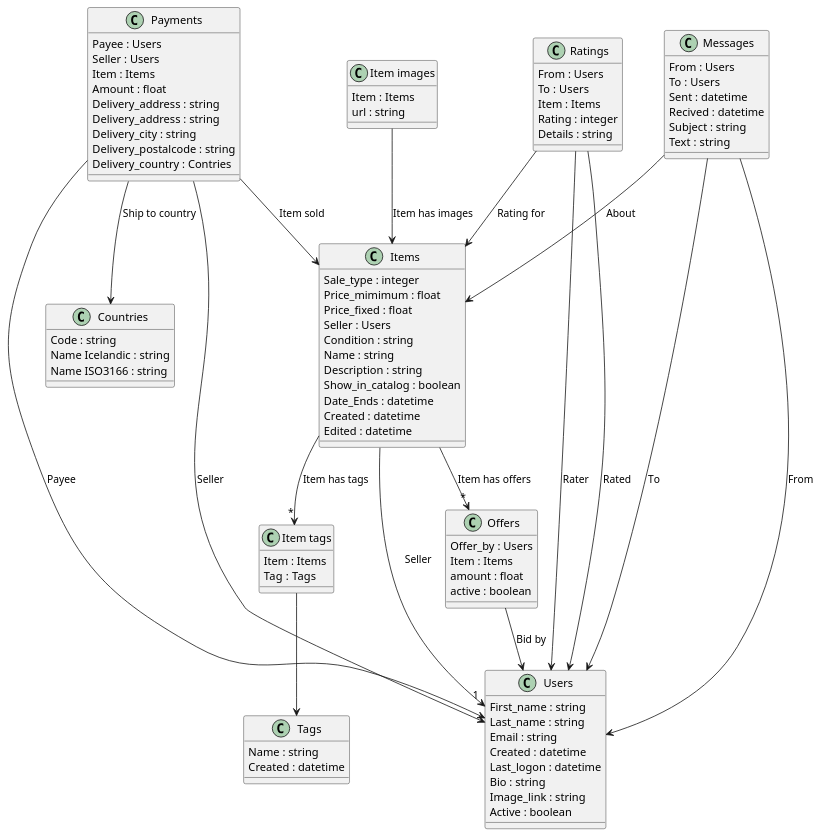
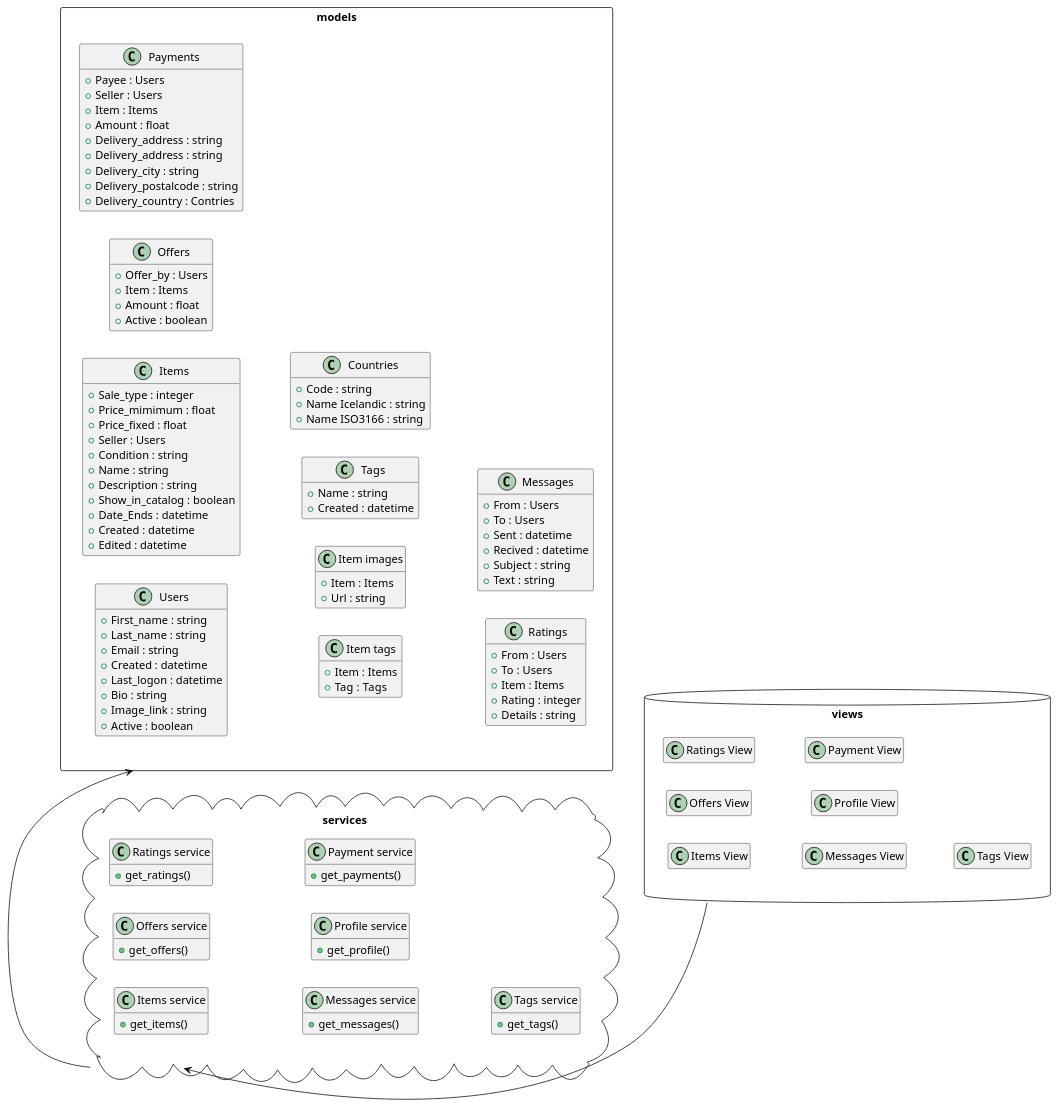
Before and after one commit to andriy21p/eCommerce_website: the diagram in UML/Class_diagram.puml, drawn with PlantUML.

Commit message:
Class diagram taka 2 :)

```diff
--- a/UML/Class_diagram.puml
+++ b/UML/Class_diagram.puml
@@ -1,95 +1,150 @@
 @startuml data_classes
 
+left to right direction
+hide empty fields
+hide empty methods
+
+models <-up- services
+
+package "Models" as models <<Rectangle>>  {
+
 class "Users" as users
-users : First_name : string
-users : Last_name : string
-users : Email : string
-users : Created : datetime
-users : Last_logon : datetime
-users : Bio : string
-users : Image_link : string
-users : Active : boolean
+users : +First_name : string
+users : +Last_name : string
+users : +Email : string
+users : +Created : datetime
+users : +Last_logon : datetime
+users : +Bio : string
+users : +Image_link : string
+users : +Active : boolean
 
 
 class "Items" as items
-items : Sale_type : integer
-items : Price_mimimum : float
-items : Price_fixed : float
-items : Seller : Users
-items : Condition : string
-items : Name : string
-items : Description : string
-items : Show_in_catalog : boolean
-items : Date_Ends : datetime
-items : Created : datetime
-items : Edited : datetime
+items : +Sale_type : integer
+items : +Price_mimimum : float
+items : +Price_fixed : float
+items : +Seller : Users
+items : +Condition : string
+items : +Name : string
+items : +Description : string
+items : +Show_in_catalog : boolean
+items : +Date_Ends : datetime
+items : +Created : datetime
+items : +Edited : datetime
+
+class "Offers" as offers
+offers : +Offer_by : Users
+offers : +Item : Items
+offers : +Amount : float
+offers : +Active : boolean
+
+class "Payments" as payments
+payments : +Payee : Users
+payments : +Seller : Users
+payments : +Item : Items
+payments : +Amount : float
+payments : +Delivery_address : string
+payments : +Delivery_address : string
+payments : +Delivery_city : string
+payments : +Delivery_postalcode : string
+payments : +Delivery_country : Contries
 
 class "Item tags" as itemtags
-itemtags : Item : Items
-itemtags : Tag : Tags
+itemtags : +Item : Items
+itemtags : +Tag : Tags
+
+class "Item images" as itemimages
+itemimages : +Item : Items
+itemimages : +Url : string
 
 class "Tags" as tags
-tags : Name : string
-tags : Created : datetime
+tags : +Name : string
+tags : +Created : datetime
 
-class "Item images" as itemimages
-itemimages : Item : Items
-itemimages : url : string
-
-class "Offers" as offers
-offers : Offer_by : Users
-offers : Item : Items
-offers : amount : float
-offers : active : boolean
-
-class "Payments" as payments
-payments : Payee : Users
-payments : Seller : Users
-payments : Item : Items
-payments : Amount : float
-payments : Delivery_address : string
-payments : Delivery_address : string
-payments : Delivery_city : string
-payments : Delivery_postalcode : string
-payments : Delivery_country : Contries
-
-class "Countries" as countrie
-countrie : Code : string
-countrie : Name Icelandic : string
-countrie : Name ISO3166 : string
+class "Countries" as country
+country : +Code : string
+country : +Name Icelandic : string
+country : +Name ISO3166 : string
 
 class "Ratings" as ratings
-ratings : From : Users
-ratings : To : Users
-ratings : Item : Items
-ratings : Rating : integer
-ratings : Details : string
+ratings : +From : Users
+ratings : +To : Users
+ratings : +Item : Items
+ratings : +Rating : integer
+ratings : +Details : string
 
 class "Messages" as messages
-messages : From : Users
-messages : To : Users
-messages : Sent : datetime
-messages : Recived : datetime
-messages : Subject : string
-messages : Text : string
+messages : +From : Users
+messages : +To : Users
+messages : +Sent : datetime
+messages : +Recived : datetime
+messages : +Subject : string
+messages : +Text : string
+}
+
+'users -right-> items : Seller
+'items -right-> payments : Item sold
+'itemimages -up-> items : Item has images
+'items --> itemtags : Item has tags
+'itemtags --> tags
+'items --> offers : Item has offers
+'offers --> users : Bid by
+'payments -left-> users : Payee
+'payments -left-> users : Seller
+'payments -down-> country : Ship to country
+'ratings --> users : Rater
+'ratings --> users : Rated
+'ratings --> items : Rating for
+'messages --> users : From
+'messages --> users : To
+'messages --> items : About
+
+services <-up- views
+
+package "Services" as services <<Cloud>>  {
 
 
-items --> "1" users : Seller
-itemimages --> items : Item has images
-items --> "*" itemtags : Item has tags
-itemtags --> tags
-items --> "*" offers : Item has offers
-offers --> users : Bid by
-payments --> users : Payee
-payments --> users : Seller
-payments --> items : Item sold
-payments --> countrie : Ship to country
-ratings --> users : Rater
-ratings --> users : Rated
-ratings --> items : Rating for
-messages --> users : From
-messages --> users : To
-messages --> items : About
+class "Items service" as getItems
+getItems : +get_items()
+
+class "Offers service" as getOffers
+getOffers : +get_offers()
+
+class "Ratings service" as getRatings
+getRatings : +get_ratings()
+
+class "Messages service" as getMessage
+getMessage : +get_messages()
+
+class "Profile service" as getProfile
+getProfile : +get_profile()
+
+class "Payment service" as getPayments
+getPayments : +get_payments()
+
+class "Tags service" as getTags
+getTags : +get_tags()
+
+}
+
+
+package "Views" as views <<Database>>  {
+
+class "Items View" as viewItems
+
+class "Offers View" as viewOffers
+
+class "Ratings View" as viewRatings
+
+class "Messages View" as viewMessages
+
+class "Profile View" as viewProfile
+
+class "Payment View" as viewPayment
+
+class "Tags View" as viewTags
+
+}
 
 
 @enduml
```
